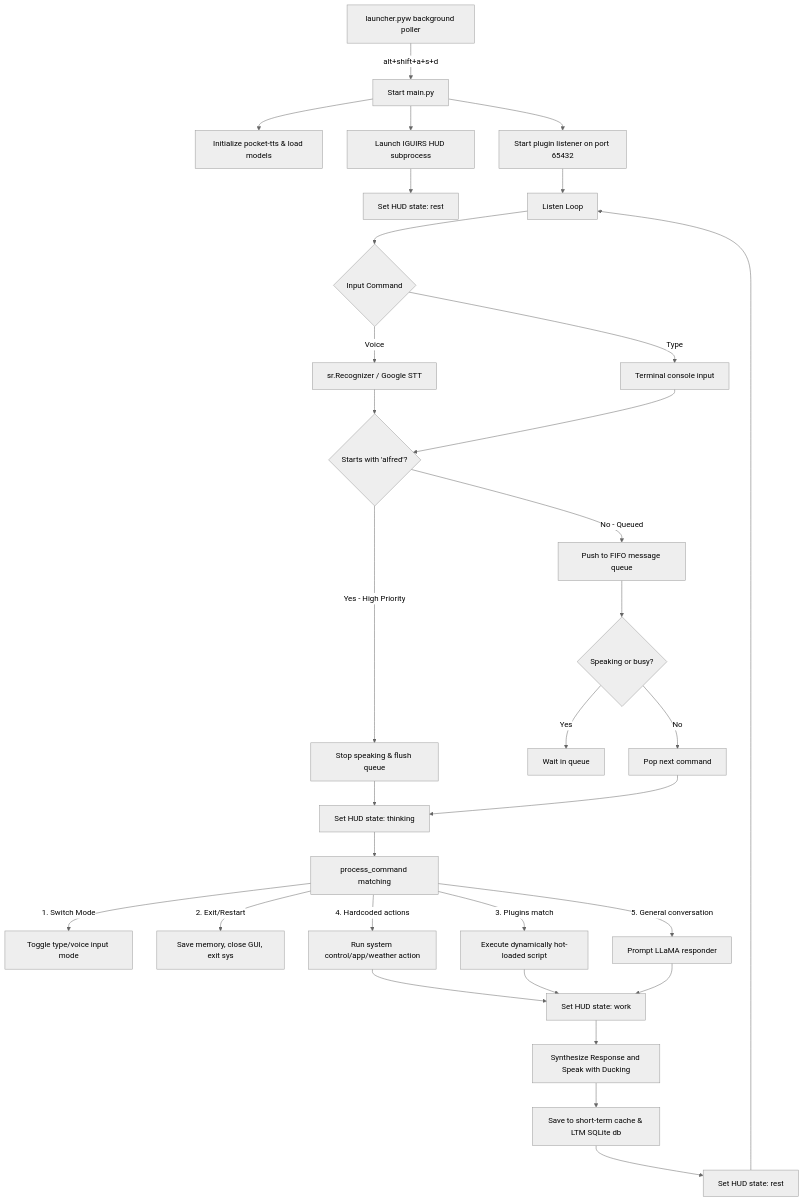
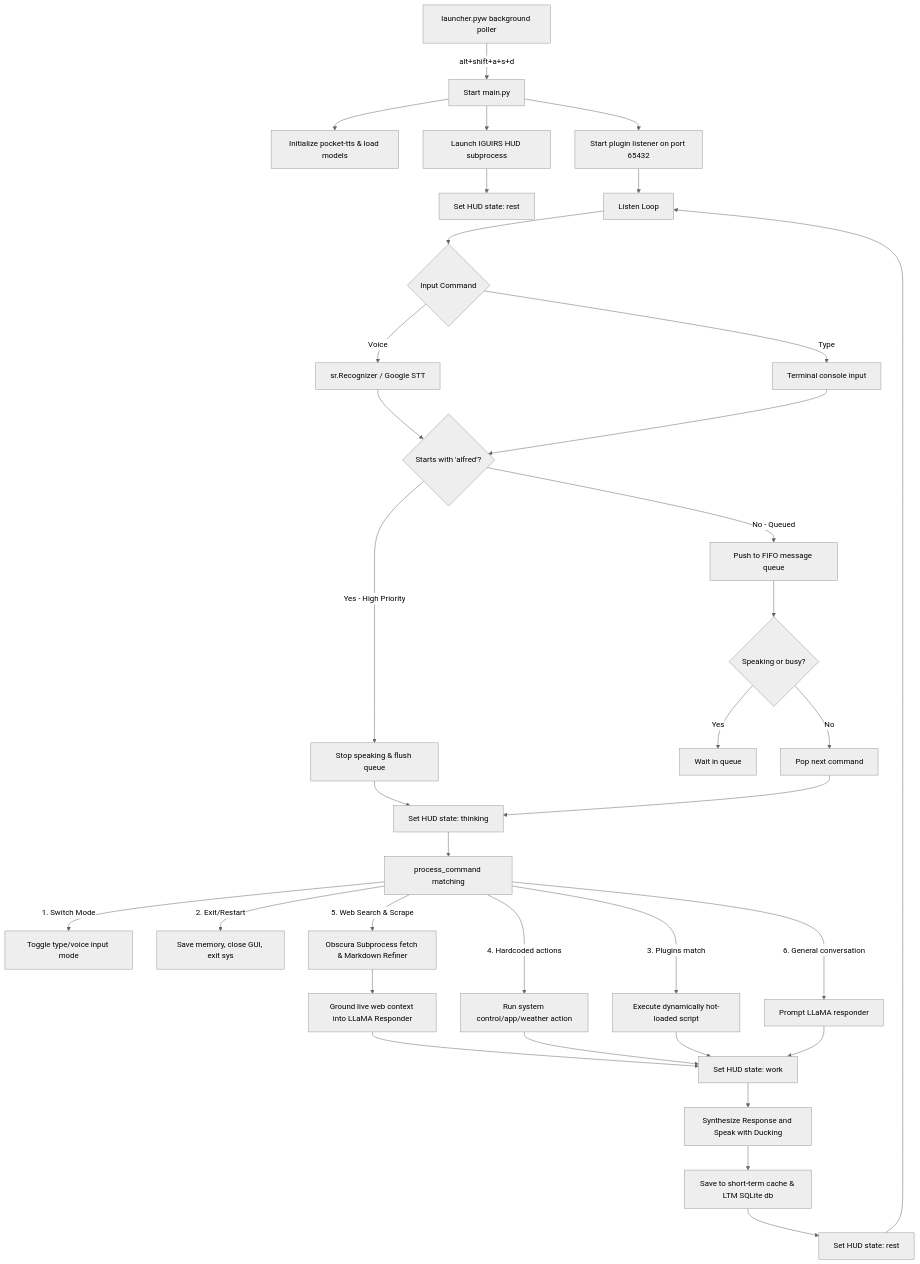
One commit to Coder-H-1/ALFRED changed the diagram in README.md. Above: the diagram before and after it, drawn with Mermaid (neutral theme). The commit also changed other lines of this file and 16 other files, not shown here.

Commit message:
Integrate Obscura headless browser for live web scraping and knowledge grounding; update README with deep technical details and copyright notices

````diff
--- a/README.md
+++ b/README.md
@@ -116,42 +127,45 @@
 ```mermaid
 flowchart TD
     Launcher[launcher.pyw background poller] -->|alt+shift+a+s+d| Launch[Start main.py]
     Launch --> InitTTS[Initialize pocket-tts & load models]
     Launch --> InitGUI[Launch IGUIRS HUD subprocess]
     Launch --> StartSocket[Start plugin listener on port 65432]
     
     InitGUI --> SetRest[Set HUD state: rest]
     StartSocket --> Loop[Listen Loop]
     Loop --> Input{Input Command}
     Input -->|Voice| Speech[sr.Recognizer / Google STT]
     Input -->|Type| ConsoleInput[Terminal console input]
     
     Speech --> QueueCheck{Starts with 'alfred'?}
     ConsoleInput --> QueueCheck
     
     QueueCheck -->|Yes - High Priority| Interrupt[Stop speaking & flush queue]
     Interrupt --> SetThinking[Set HUD state: thinking]
     QueueCheck -->|No - Queued| Enqueue[Push to FIFO message queue]
     
     Enqueue --> CheckBusy{Speaking or busy?}
     CheckBusy -->|Yes| Wait[Wait in queue]
     CheckBusy -->|No| PopQueue[Pop next command]
     PopQueue --> SetThinking
     
     SetThinking --> Process[process_command matching]
     
     Process -->|1. Switch Mode| Toggle[Toggle type/voice input mode]
     Process -->|2. Exit/Restart| Terminate[Save memory, close GUI, exit sys]
     Process -->|3. Plugins match| PluginRun[Execute dynamically hot-loaded script]
     Process -->|4. Hardcoded actions| SysAction[Run system control/app/weather action]
-    Process -->|5. General conversation| LLMResponse[Prompt LLaMA responder]
+    Process -->|5. Web Search & Scrape| ObscuraScrape[Obscura Subprocess fetch & Markdown Refiner]
+    Process -->|6. General conversation| LLMResponse[Prompt LLaMA responder]
     
-    SysAction --> SetWork[Set HUD state: work]
+    ObscuraScrape --> GroundPrompt[Ground live web context into LLaMA Responder]
+    GroundPrompt --> SetWork[Set HUD state: work]
+    SysAction --> SetWork
     PluginRun --> SetWork
     LLMResponse --> SetWork
     
     SetWork --> Speak[Synthesize Response and Speak with Ducking]
     Speak --> SaveMem[Save to short-term cache & LTM SQLite db]
     SaveMem --> SetRest2[Set HUD state: rest]
     SetRest2 --> Loop
 ```
````
